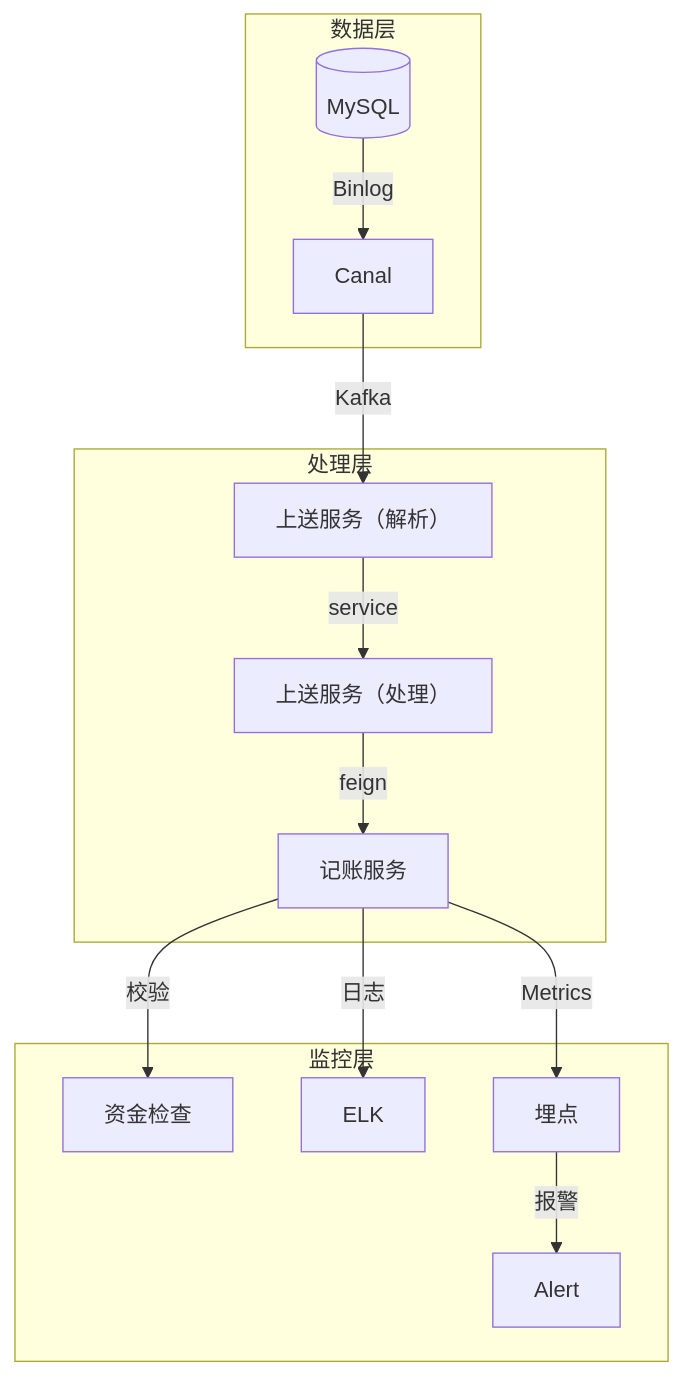
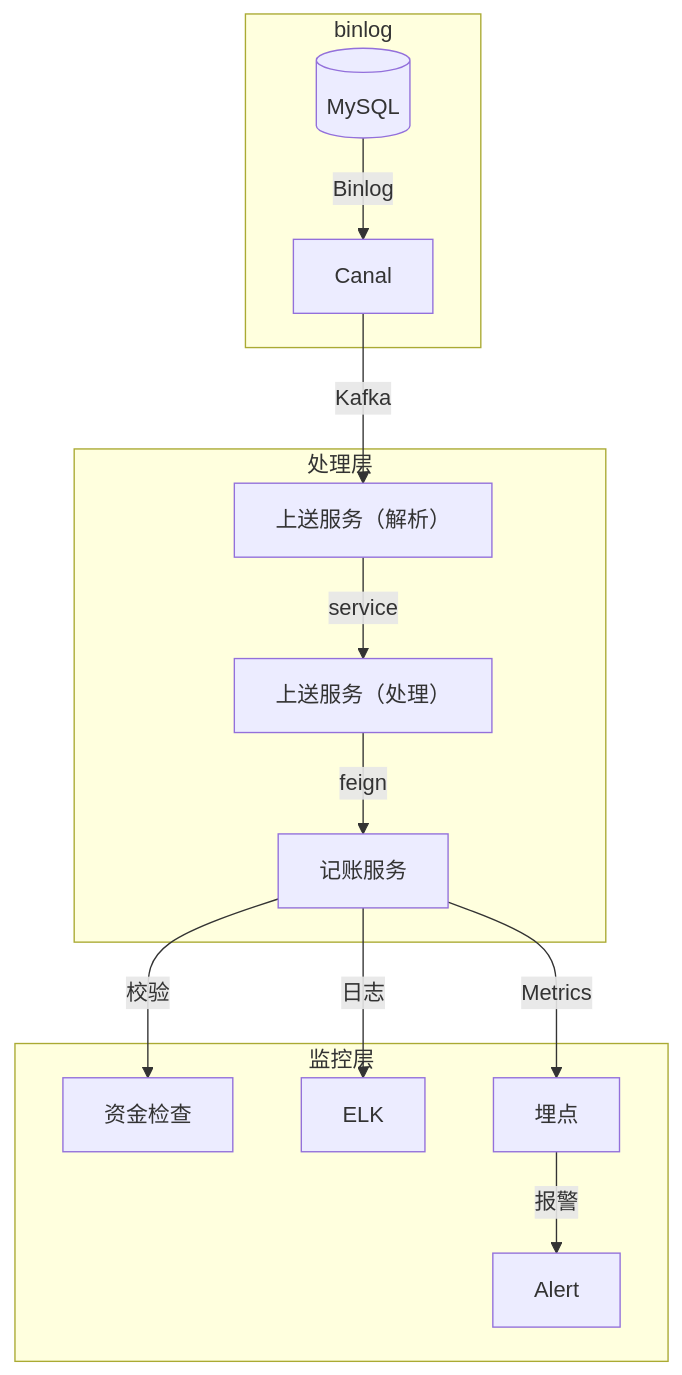
One commit to 87828943/iodraw-files changed the diagram in all/记账架构图.md. Above: the diagram before and after it, drawn with Mermaid.

Commit message:
2025-07-07 14:36:26 update

````diff
--- a/all/记账架构图.md
+++ b/all/记账架构图.md
@@ -1,17 +1,17 @@
 ```mermaid
 graph TB
-    subgraph 数据层
+    subgraph binlog
         DB[(MySQL)] -->|Binlog| Canal
     end
     subgraph 处理层
         Canal -->|Kafka| Parser[上送服务（解析）]
         Parser -->|service| Engine[上送服务（处理）]
         Engine -->|feign| Accounting[记账服务]
     end
     subgraph 监控层
         Accounting --> |校验| 资金检查
         Accounting -->|日志| ELK
         Accounting -->|Metrics| 埋点
         埋点 -->|报警| Alert
     end
 ```
````
